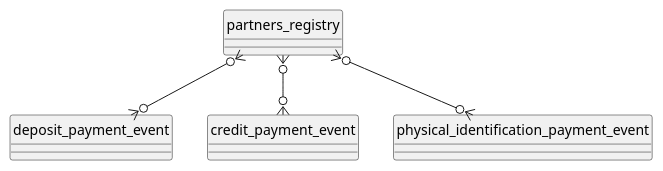
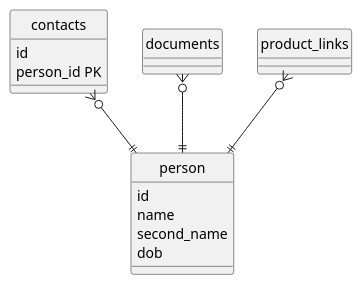
Before and after one commit to ikanofiev/architectural_schemes: the diagram in NewPaymentService/схема БД билинга....puml, drawn with PlantUML. The commit also changed 7 other files, not shown here.

```diff
--- a/NewPaymentService/схема БД билинга....puml
+++ b/NewPaymentService/схема БД билинга....puml
@@ -1,10 +1,26 @@
 @startuml
 hide circle
 
-partners_registry}o--o{deposit_payment_event
-partners_registry}o--o{credit_payment_event
-partners_registry}o--o{physical_identification_payment_event
+entity person{
+id
+name
+second_name
+dob
 
+}
 
+entity contacts{
+id
+person_id PK
+}
+
+entity documents{
+}
+
+entity product_links
+
+contacts }o--|| person
+documents }o--|| person
+product_links }o--|| person
 
 @enduml
```
